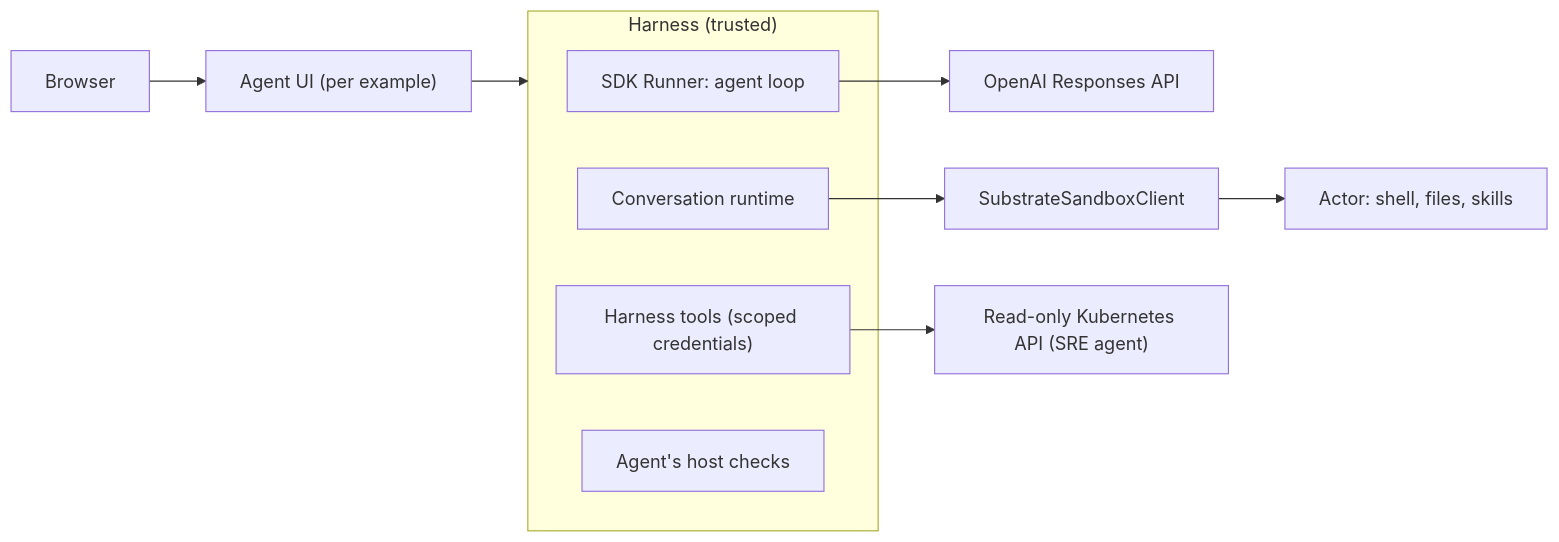
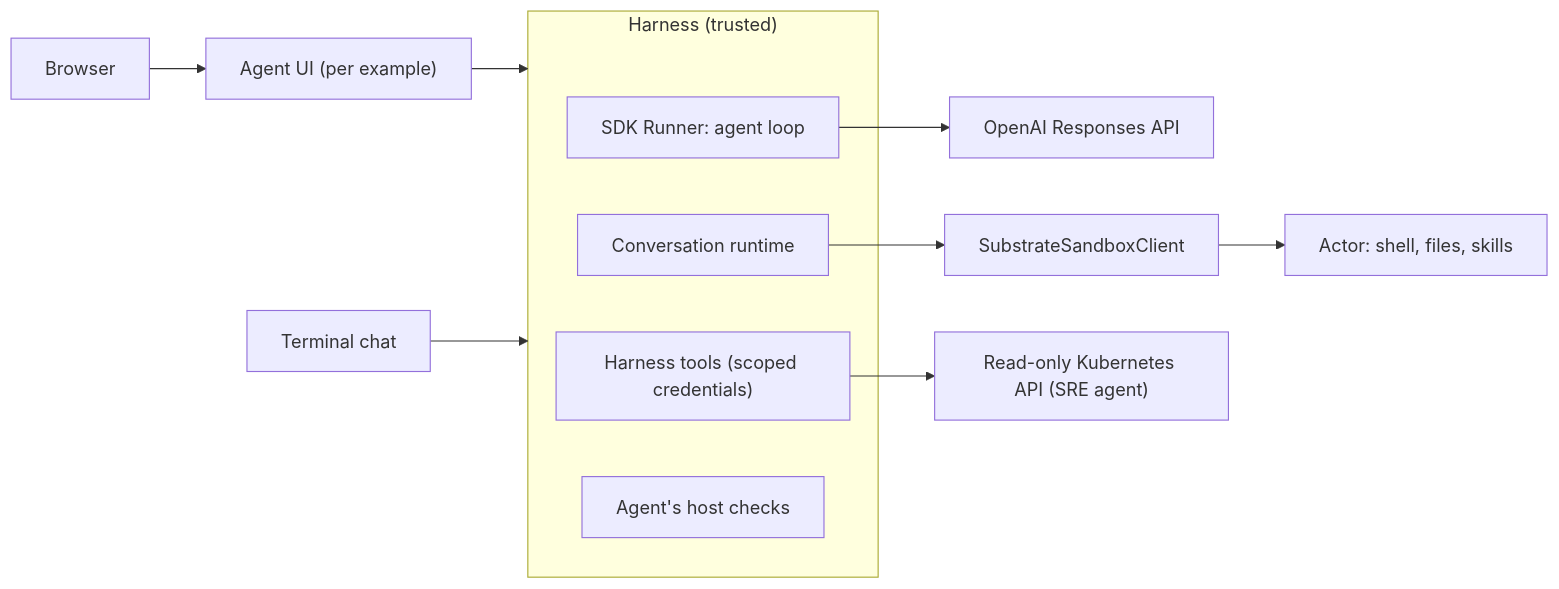
One commit to SatyKrish/openai-agent-substrate changed the diagram in docs/agent-harness.md. Above: the diagram before and after it, drawn with Mermaid. The commit also changed other lines of this file and 13 other files, not shown here.

First line of the commit message:
Update the docs for the terminal chat and the starter agent

````diff
--- a/docs/agent-harness.md
+++ b/docs/agent-harness.md
@@ -18,15 +18,16 @@
 ```mermaid
 flowchart LR
     Browser --> UI["Agent UI (per example)"]
     UI --> Harness
+    Terminal["Terminal chat"] --> Harness
     subgraph Harness["Harness (trusted)"]
         Loop["SDK Runner: agent loop"]
         Conv["Conversation runtime"]
         HTools["Harness tools (scoped credentials)"]
         Checks["Agent's host checks"]
     end
     Loop --> API["OpenAI Responses API"]
     Conv --> Client[SubstrateSandboxClient]
     Client --> Actor["Actor: shell, files, skills"]
     HTools --> Cluster["Read-only Kubernetes API (SRE agent)"]
 ```
````
